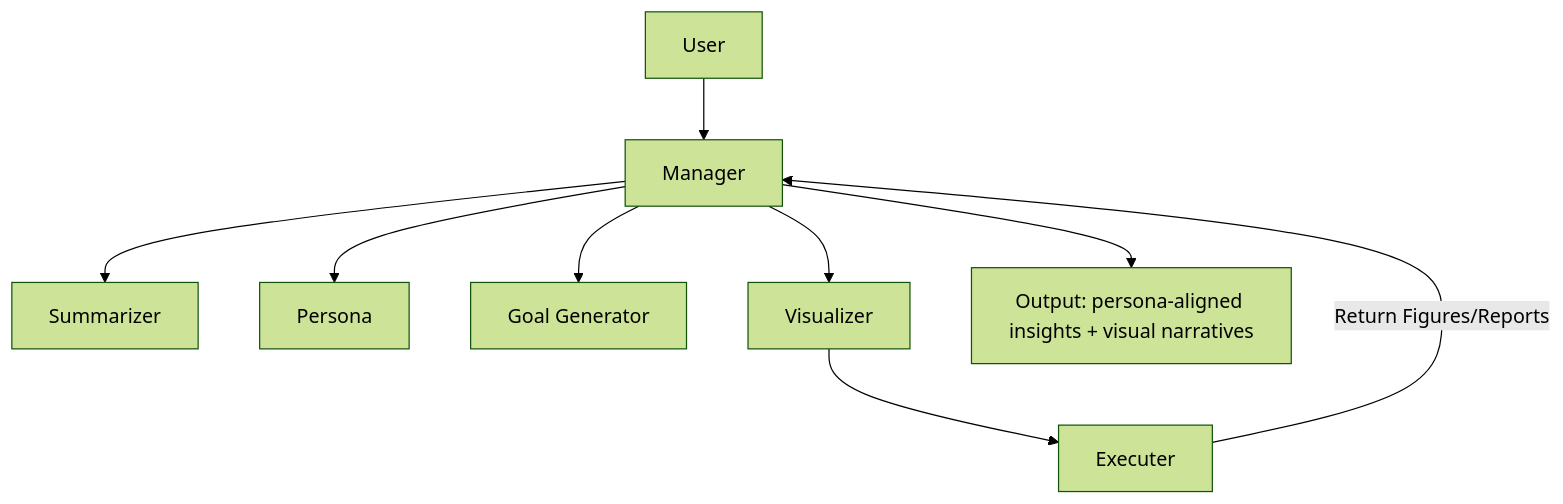
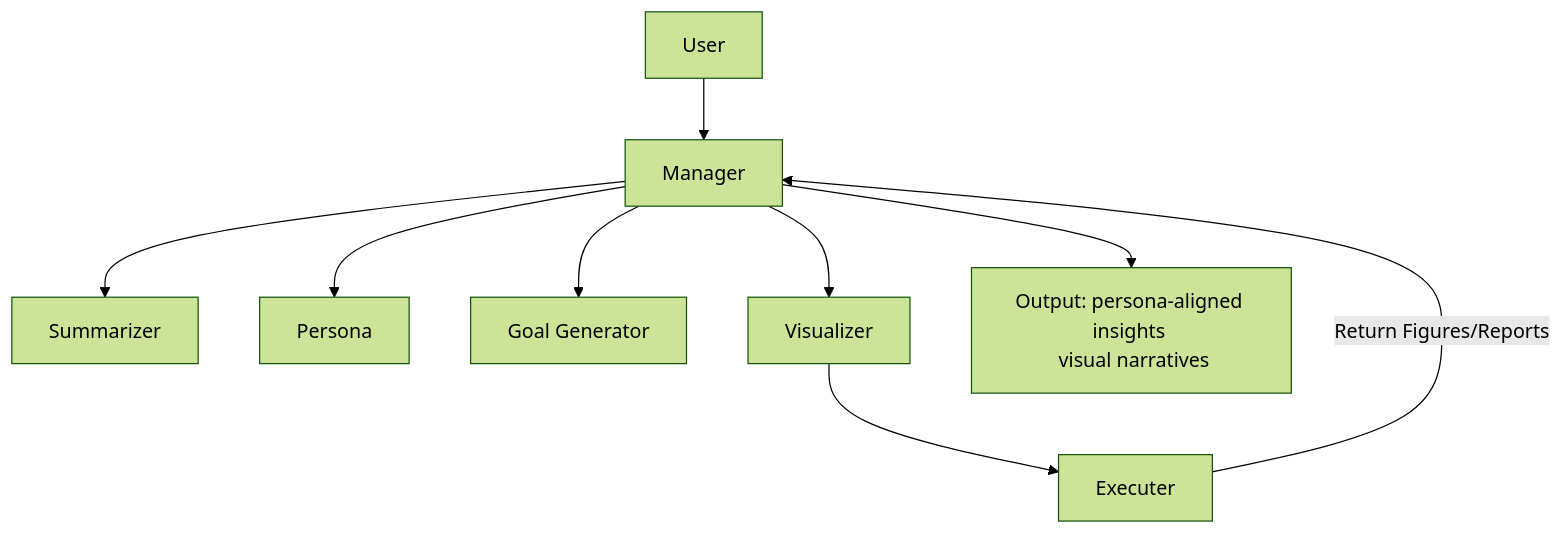
One commit to sid-146/mindscope changed the diagram in docs/package diagram.md. Above: the diagram before and after it, drawn with Mermaid (forest theme). The commit also changed other lines of this file, not shown here.

Commit message:
Update package diagram.md

````diff
--- a/docs/package diagram.md
+++ b/docs/package diagram.md
@@ -3,13 +3,13 @@
 ```mermaid
 flowchart TD
     A[User] --> B[Manager]
 
     B --> C[Summarizer]
     B --> D[Persona]
     B --> E[Goal Generator]
     B --> F[Visualizer]
     F --> G[Executer]
     G -->|Return Figures/Reports| B
-    B --> H[Output: persona-aligned insights + visual narratives]
+    B --> H[Output: persona-aligned insights \n visual narratives]
 
 ```
````
